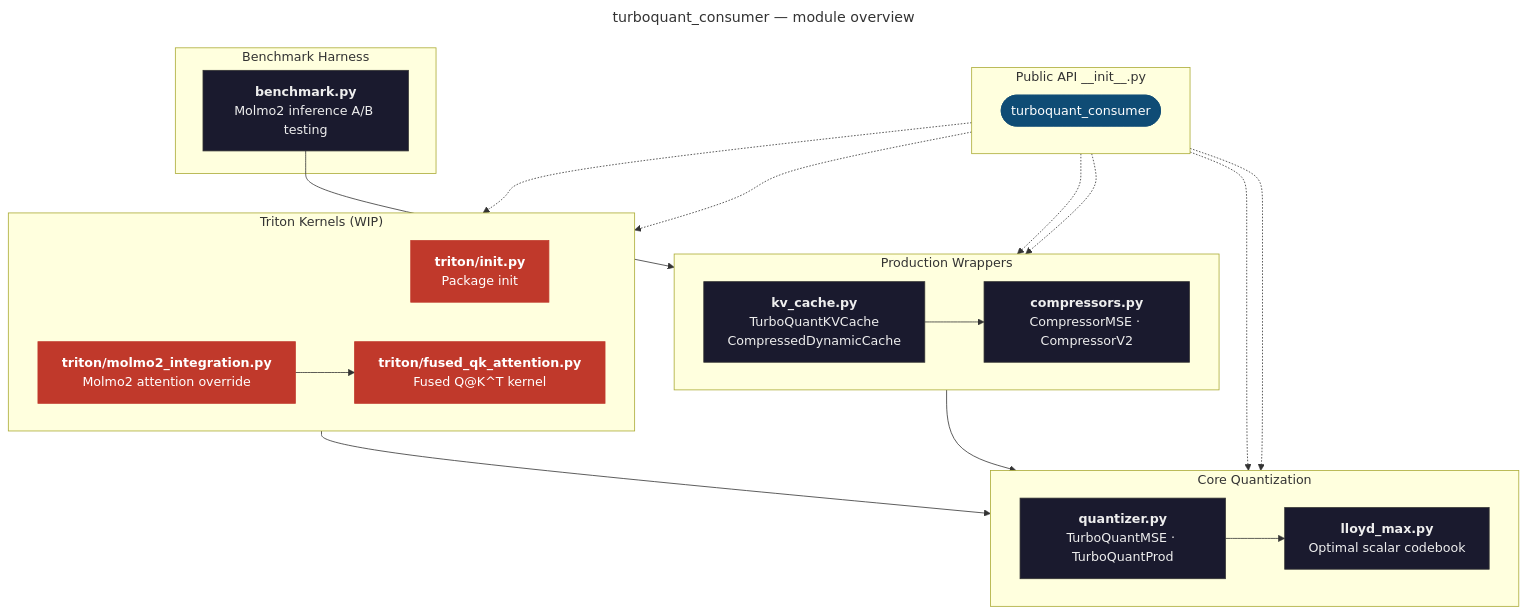
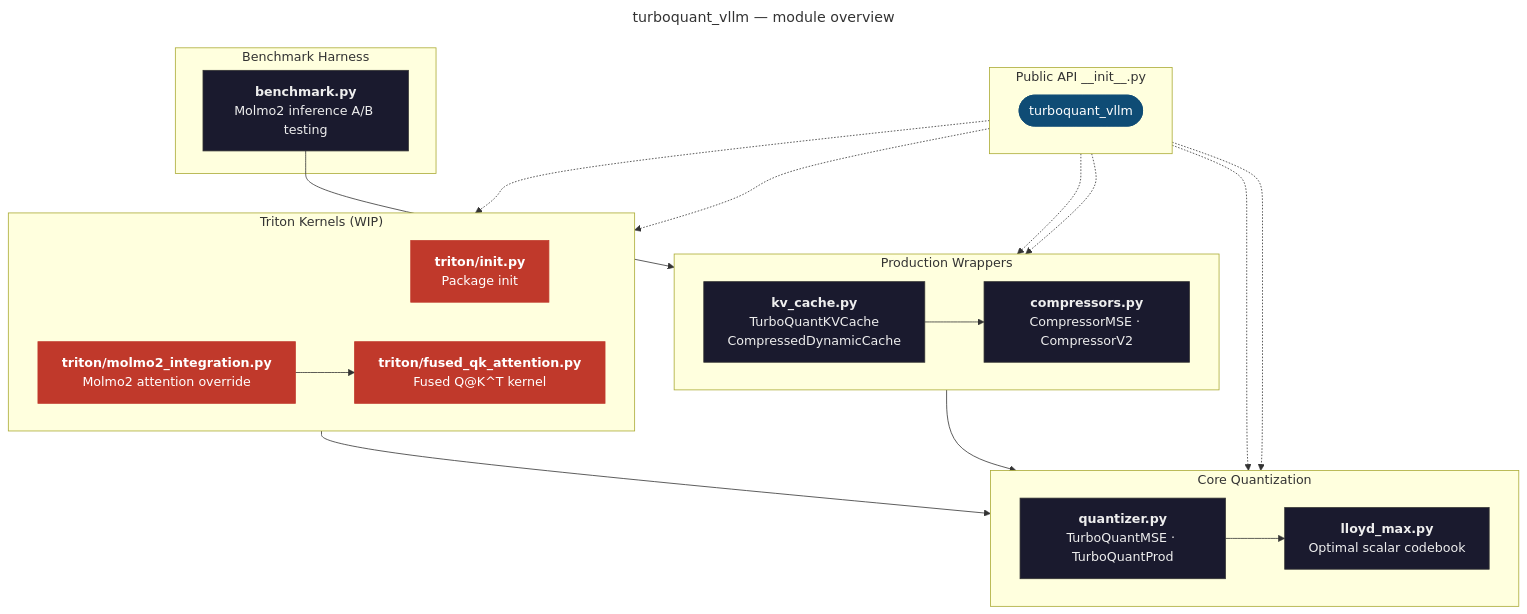
The first of 16 diagrams in docs/ARCHITECTURE.md (Alberto-Codes/turboquant-consumer), drawn with Mermaid before and after one commit. The commit also changed other lines of this file and 19 other files, not shown here.

````diff
--- a/docs/ARCHITECTURE.md
+++ b/docs/ARCHITECTURE.md
@@ -9,57 +9,57 @@
 ```mermaid
 ---
-title: turboquant_consumer — module overview
+title: turboquant_vllm — module overview
 ---
 flowchart TD
     subgraph api ["Public API  __init__.py"]
         direction LR
-        API([turboquant_consumer])
+        API([turboquant_vllm])
     end
 
     subgraph core ["Core Quantization"]
         direction LR
         LM["`**lloyd_max.py**
         Optimal scalar codebook`"]
         QZ["`**quantizer.py**
         TurboQuantMSE · TurboQuantProd`"]
     end
 
     subgraph wrap ["Production Wrappers"]
         direction LR
         CP["`**compressors.py**
         CompressorMSE · CompressorV2`"]
         KV["`**kv_cache.py**
         TurboQuantKVCache
         CompressedDynamicCache`"]
     end
 
     subgraph triton ["Triton Kernels (WIP)"]
         direction LR
         TI["`**triton/__init__.py**
         Package init`"]
         TK["`**triton/fused_qk_attention.py**
         Fused Q@K^T kernel`"]
         TM["`**triton/molmo2_integration.py**
         Molmo2 attention override`"]
     end
 
     subgraph bench ["Benchmark Harness"]
         BM["`**benchmark.py**
         Molmo2 inference A/B testing`"]
     end
 
     API -.-> LM & QZ & CP & KV & TK & TM
     QZ --> LM
     CP --> QZ
     KV --> CP
     TM --> QZ
     TM --> TK
     BM --> KV
 
     classDef layer fill:#1a1a2e,color:#eee,stroke:#333
     classDef apiNode fill:#0f4c75,color:#fff,stroke:#0f4c75
     classDef tritonNode fill:#c0392b,color:#fff,stroke:#c0392b
     class API apiNode
     class LM,QZ,CP,KV,BM layer
     class TI,TK,TM tritonNode
 ```
````
